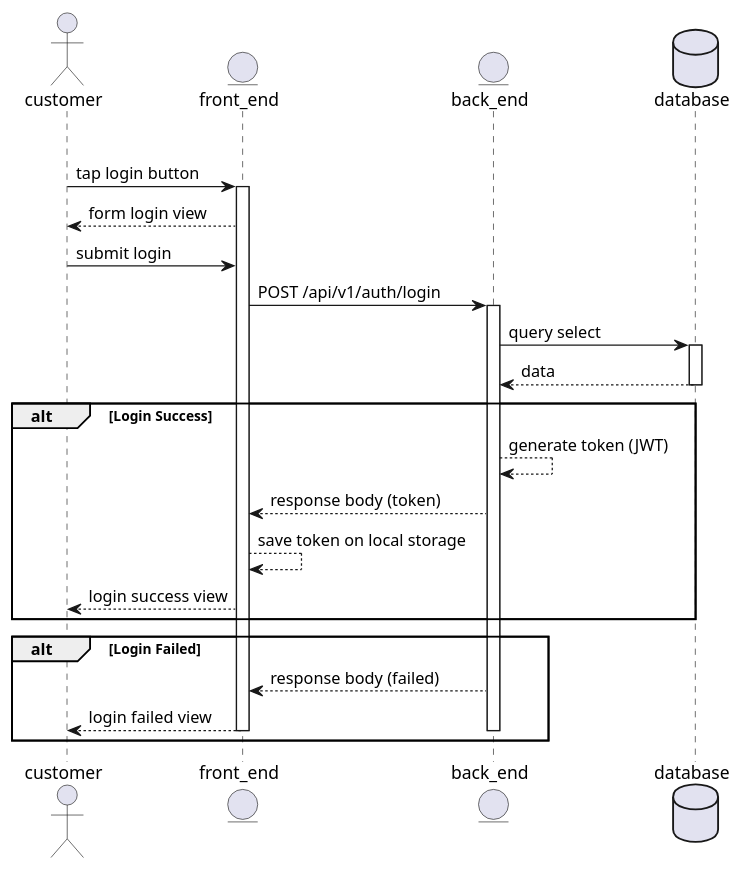
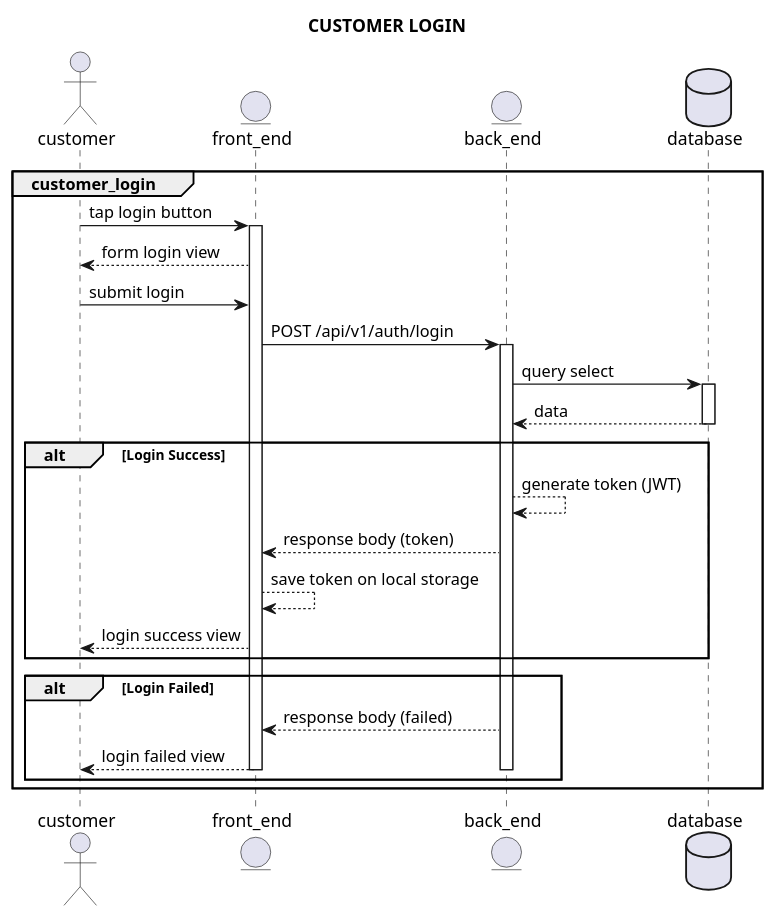
The second of 3 diagrams in documentation/sequence_diagram/customer_auth.md (VeironVaya/oop_tugasbesar_kelompok1), drawn with PlantUML before and after one commit. The commit also changed other lines of this file and 7 other files, not shown here.

````diff
--- a/documentation/sequence_diagram/customer_auth.md
+++ b/documentation/sequence_diagram/customer_auth.md
@@ -41,34 +41,36 @@
 ```plantuml
 @startuml
+title CUSTOMER LOGIN
 Actor customer
 Entity front_end
 Entity back_end
 Database database
 
 group customer_login
 
 customer -> front_end: tap login button
 activate front_end
     front_end --> customer: form login view
     customer -> front_end: submit login
 front_end -> back_end: POST /api/v1/auth/login
 activate back_end
 back_end -> database: query select
 activate database
     database --> back_end: data
 deactivate database
     alt Login Success
         back_end --> back_end: generate token (JWT)
         back_end --> front_end: response body (token)
         front_end --> front_end : save token on local storage
         front_end --> customer: login success view
     end alt
 
     alt Login Failed
         back_end --> front_end: response body (failed)
         front_end --> customer: login failed view
         deactivate front_end
         deactivate back_end
     end alt
+end group
 @enduml
 ```
````
